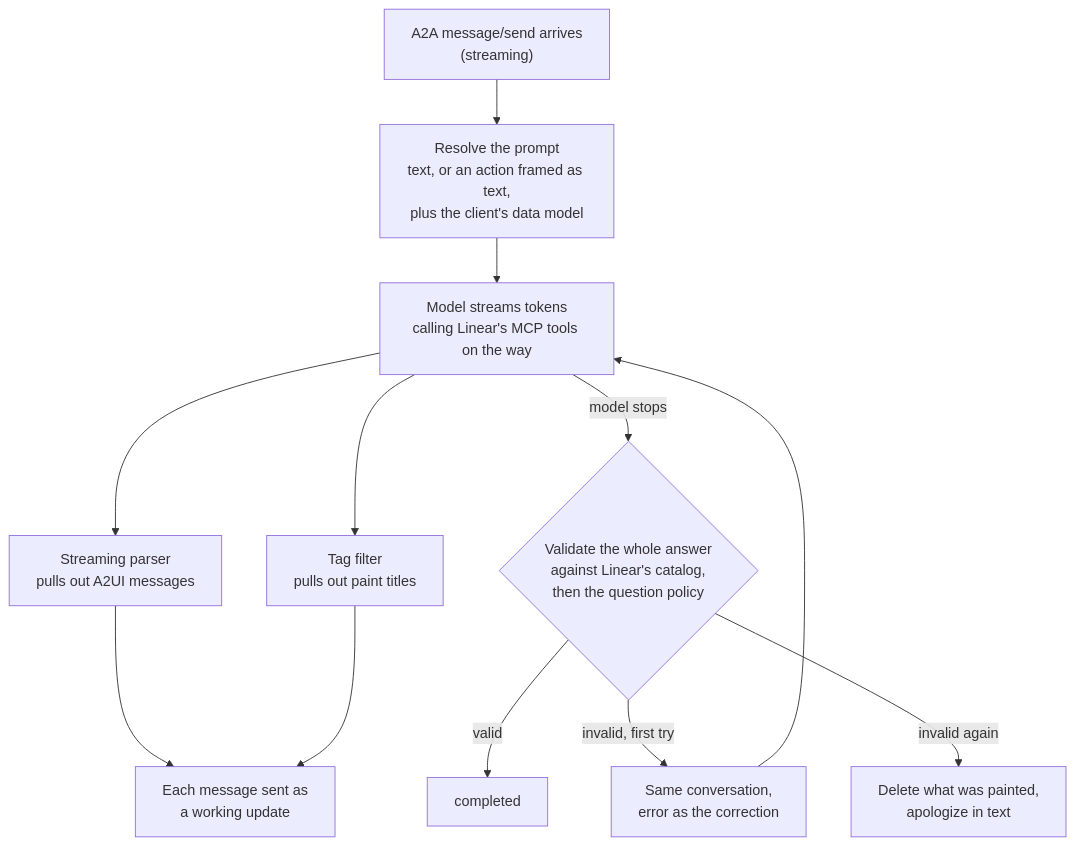
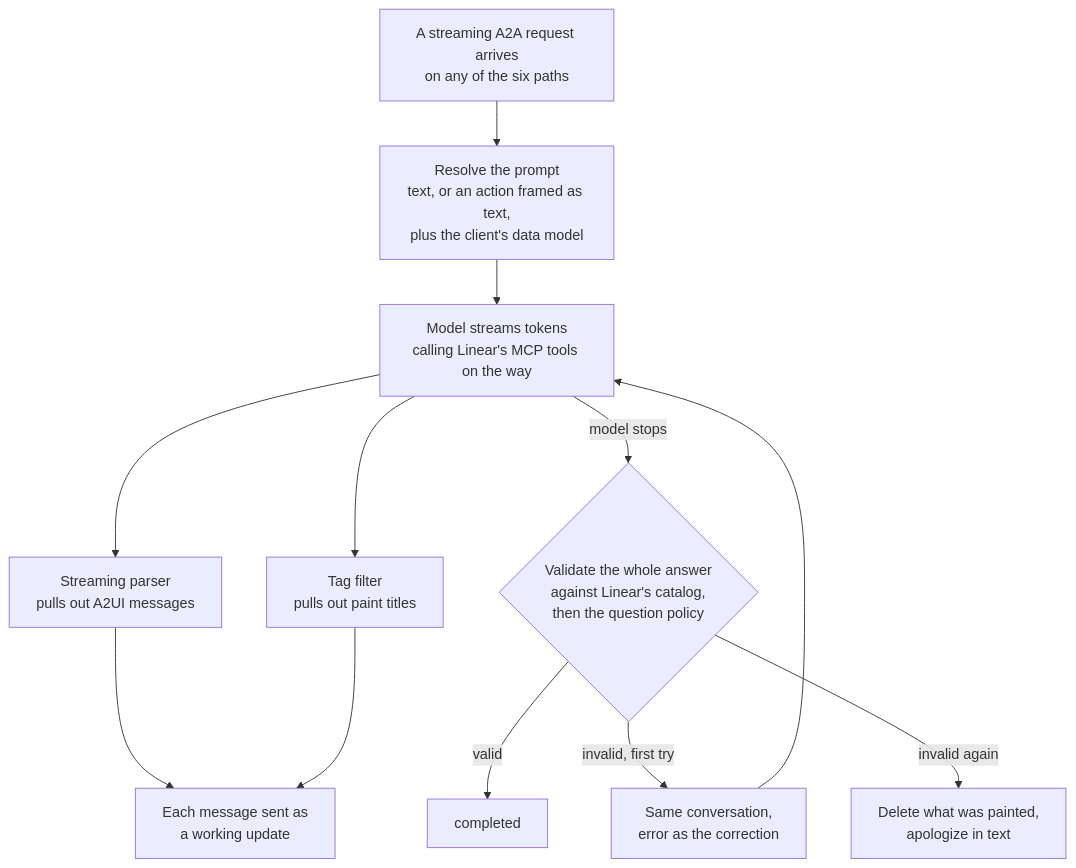
Before and after one commit to retz8/a2uiverse: the third of 5 diagrams in docs/design/agent-kit.md, drawn with Mermaid. The commit also changed other lines of this file and 12 other files, not shown here.

````diff
--- a/docs/design/agent-kit.md
+++ b/docs/design/agent-kit.md
@@ -161,14 +162,14 @@
 ```mermaid
 flowchart TD
-    IN["A2A message/send arrives<br/>(streaming)"] --> P["Resolve the prompt<br/>text, or an action framed as text,<br/>plus the client's data model"]
+    IN["A streaming A2A request arrives<br/>on any of the six paths"] --> P["Resolve the prompt<br/>text, or an action framed as text,<br/>plus the client's data model"]
     P --> M["Model streams tokens<br/>calling Linear's MCP tools on the way"]
     M --> PARSE["Streaming parser<br/>pulls out A2UI messages"]
     M --> TAGS["Tag filter<br/>pulls out paint titles"]
     PARSE --> OUT["Each message sent as<br/>a working update"]
     TAGS --> OUT
     M -->|"model stops"| V{"Validate the whole answer<br/>against Linear's catalog,<br/>then the question policy"}
     V -->|"valid"| DONE["completed"]
     V -->|"invalid, first try"| RETRY["Same conversation,<br/>error as the correction"]
     RETRY --> M
     V -->|"invalid again"| TD["Delete what was painted,<br/>apologize in text"]
 ```
````
